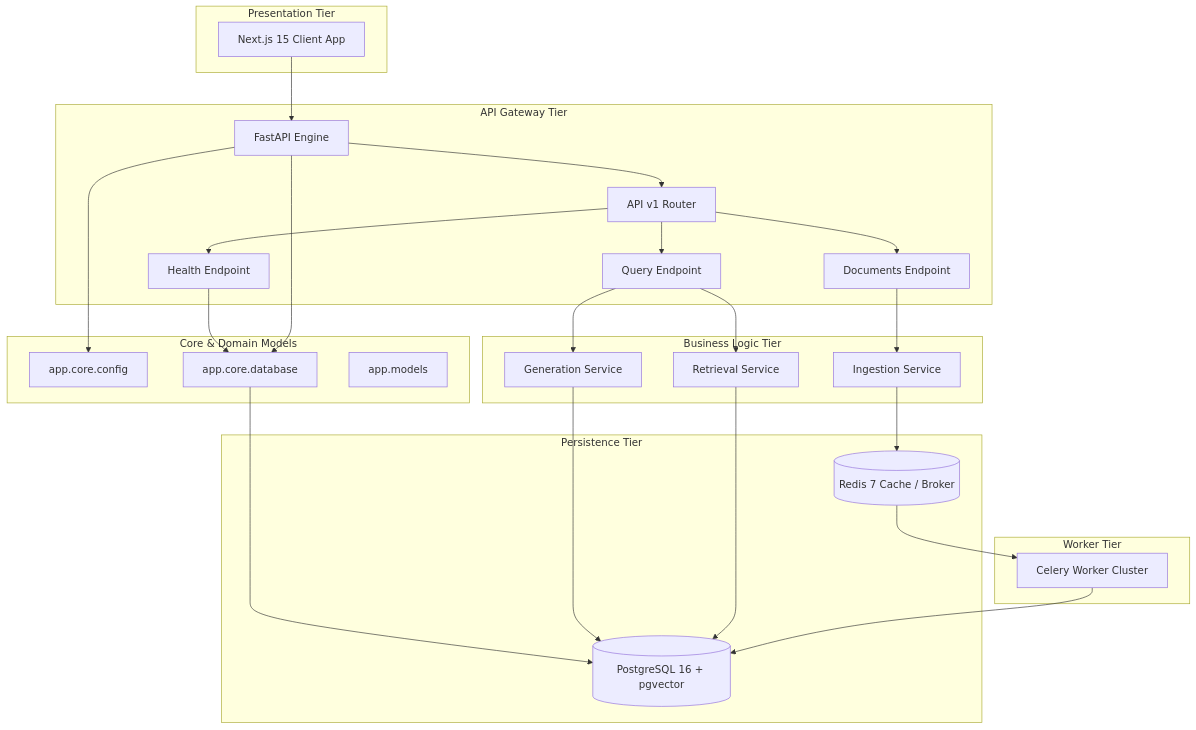
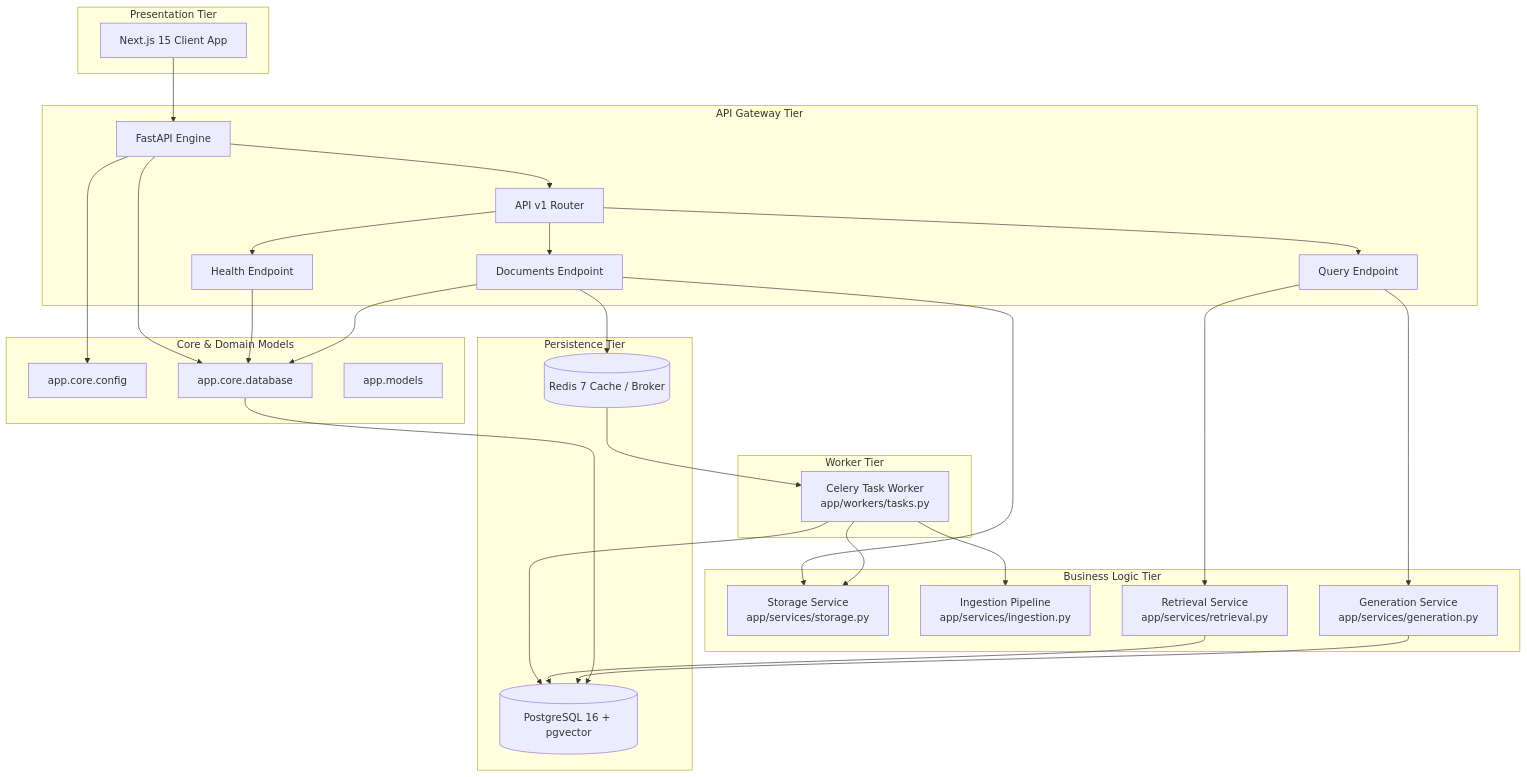
One commit to ConsoleCzar-2/Scanity changed the second of 4 diagrams in docs/UML.md. Above: the diagram before and after it, drawn with Mermaid. The commit also changed 17 other files, not shown here.

Commit message:
Implemented document ingestion pipeline, retrieval services, and updated documentation

````diff
--- a/docs/UML.md
+++ b/docs/UML.md
@@ -88,56 +88,60 @@
 ```mermaid
 flowchart TD
     subgraph PresentationTier [Presentation Tier]
         NextApp[Next.js 15 Client App]
     end
 
     subgraph APILayer [API Gateway Tier]
         FastAPIApp[FastAPI Engine]
         V1Router[API v1 Router]
         HealthEndpoint[Health Endpoint]
         DocEndpoint[Documents Endpoint]
         QueryEndpoint[Query Endpoint]
     end
 
     subgraph DomainCore [Core & Domain Models]
         CoreConfig[app.core.config]
         CoreDB[app.core.database]
         Models[app.models]
     end
 
     subgraph ServiceTier [Business Logic Tier]
-        IngestionSvc[Ingestion Service]
-        RetrievalSvc[Retrieval Service]
-        GenerationSvc[Generation Service]
+        StorageSvc[Storage Service<br/>app/services/storage.py]
+        IngestionSvc[Ingestion Pipeline<br/>app/services/ingestion.py]
+        RetrievalSvc[Retrieval Service<br/>app/services/retrieval.py]
+        GenerationSvc[Generation Service<br/>app/services/generation.py]
     end
 
     subgraph WorkerTier [Worker Tier]
-        CeleryWorker[Celery Worker Cluster]
+        CeleryWorker[Celery Task Worker<br/>app/workers/tasks.py]
     end
 
     subgraph PersistenceTier [Persistence Tier]
         Postgres[(PostgreSQL 16 + pgvector)]
         RedisStore[(Redis 7 Cache / Broker)]
     end
 
     NextApp --> FastAPIApp
     FastAPIApp --> V1Router
     V1Router --> HealthEndpoint
     V1Router --> DocEndpoint
     V1Router --> QueryEndpoint
 
     FastAPIApp --> CoreConfig
     FastAPIApp --> CoreDB
     HealthEndpoint --> CoreDB
-    DocEndpoint --> IngestionSvc
+    DocEndpoint --> StorageSvc
+    DocEndpoint --> RedisStore
+    DocEndpoint --> CoreDB
     QueryEndpoint --> RetrievalSvc
     QueryEndpoint --> GenerationSvc
 
-    IngestionSvc --> RedisStore
     RedisStore --> CeleryWorker
+    CeleryWorker --> StorageSvc
+    CeleryWorker --> IngestionSvc
     CeleryWorker --> Postgres
 
     RetrievalSvc --> Postgres
     GenerationSvc --> Postgres
     CoreDB --> Postgres
 ```
````
